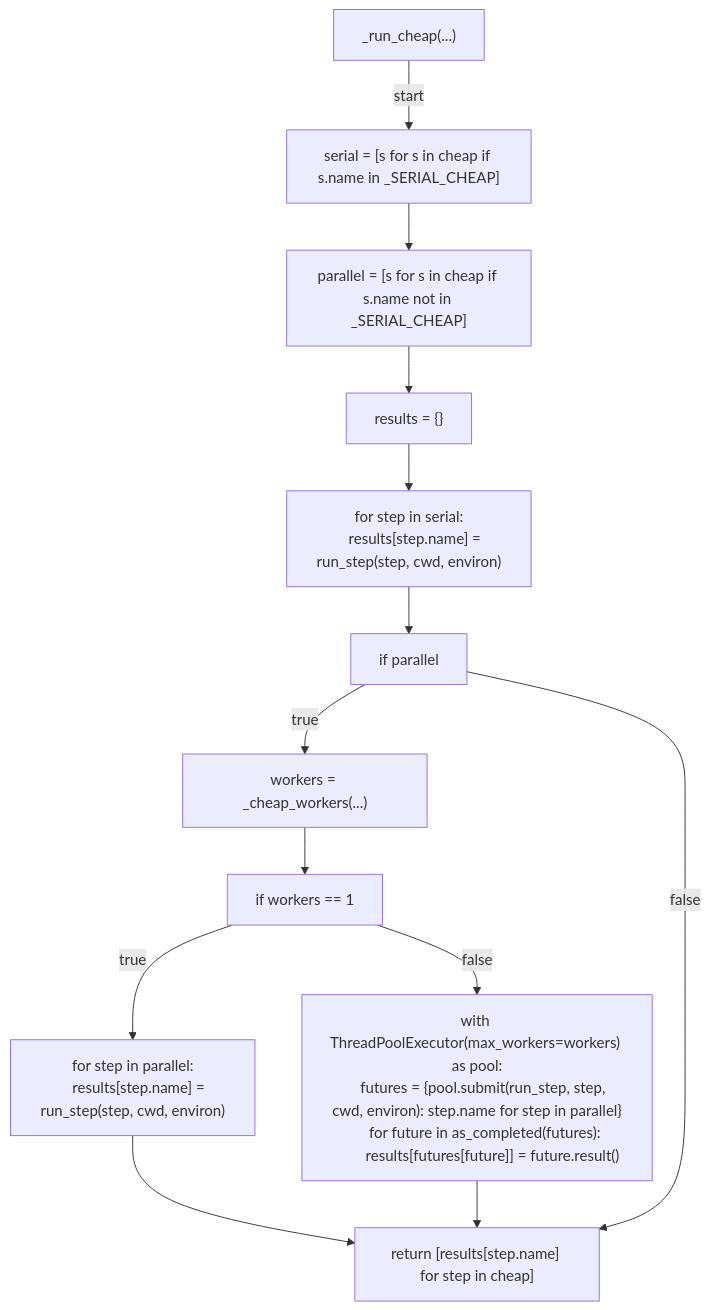
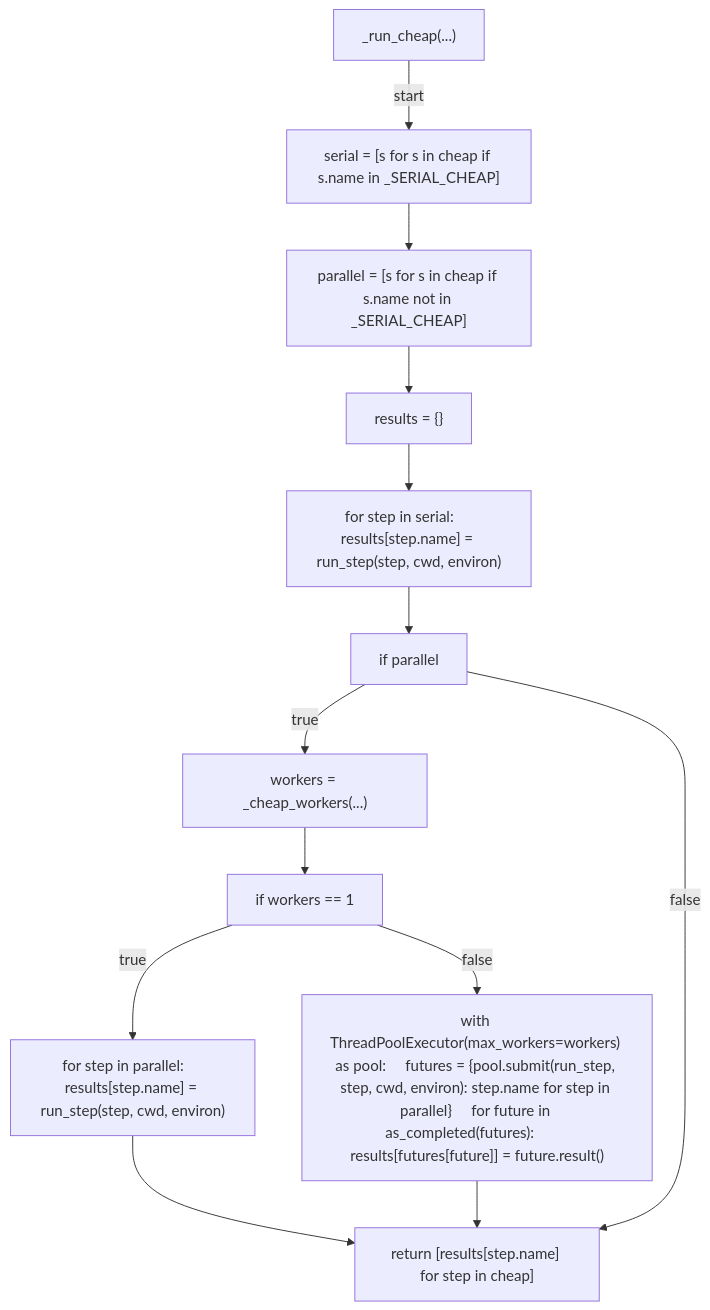
Before and after one commit to tvna/claude-md: the fifth of 10 diagrams in docs/generated/scripts/ast/preflight_all.md, drawn with Mermaid. The commit also changed other lines of this file and 29 other files, not shown here.

First line of the commit message:
docs(generated): regenerate decision tree and workflow diagrams (batch 3/5)

````diff
--- a/docs/generated/scripts/ast/preflight_all.md
+++ b/docs/generated/scripts/ast/preflight_all.md
@@ -97,31 +93,26 @@
 ```mermaid
 flowchart TD
     N001["_run_cheap(...)"]
     N002["serial = [s for s in cheap if s.name in _SERIAL_CHEAP]"]
     N003["parallel = [s for s in cheap if s.name not in _SERIAL_CHEAP]"]
     N004["results = {}"]
-    N005["for step in serial:
-    results[step.name] = run_step(step, cwd, environ)"]
+    N005["for step in serial:     results[step.name] = run_step(step, cwd, environ)"]
     N006["if parallel"]
     N007["workers = _cheap_workers(...)"]
     N008["if workers == 1"]
-    N009["for step in parallel:
-    results[step.name] = run_step(step, cwd, environ)"]
-    N010["with ThreadPoolExecutor(max_workers=workers) as pool:
-    futures = {pool.submit(run_step, step, cwd, environ): step.name for step in parallel}
-    for future in as_completed(futures):
-        results[futures[future]] = future.result()"]
+    N009["for step in parallel:     results[step.name] = run_step(step, cwd, environ)"]
+    N010["with ThreadPoolExecutor(max_workers=workers) as pool:     futures = {pool.submit(run_step, step, cwd, environ): step.name for step in parallel}     for future in as_completed(futures):         results[futures[future]] = future.result()"]
     N011["return [results[step.name] for step in cheap]"]
     N001 -->|"start"| N002
     N002 --> N003
     N003 --> N004
     N004 --> N005
     N005 --> N006
     N006 -->|"true"| N007
     N007 --> N008
     N008 -->|"true"| N009
     N008 -->|"false"| N010
     N009 --> N011
     N010 --> N011
     N006 -->|"false"| N011
 ```
````
